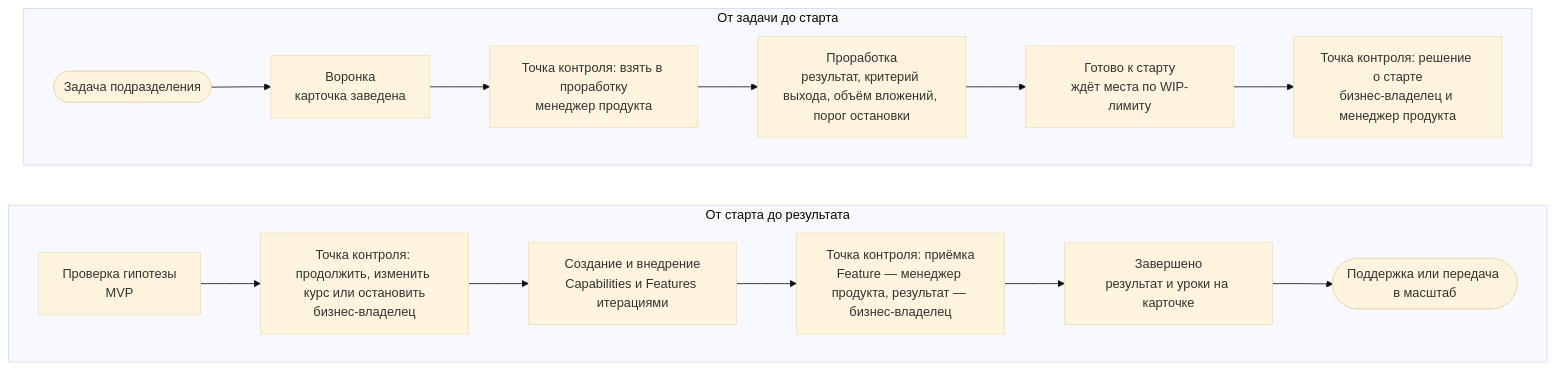
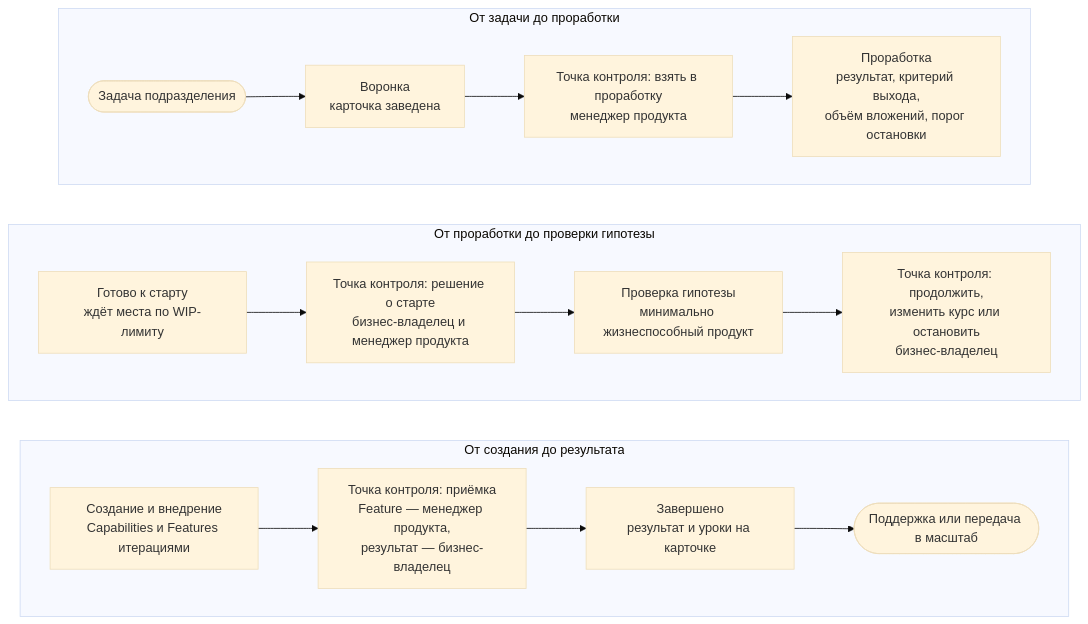
Before and after one commit to devhogu/ob-aicc: the diagram in aicc/v2/content/ru/hub/how-we-work.md, drawn with Mermaid (base theme). The commit also changed 299 other files, not shown here.

````diff
--- a/aicc/v2/content/ru/hub/how-we-work.md
+++ b/aicc/v2/content/ru/hub/how-we-work.md
@@ -14,21 +14,24 @@
 ```mermaid
 %% caption: Маршрут задачи и точки контроля: где принимается решение и кто его принимает.
 flowchart TB
-  subgraph R1["От задачи до старта"]
+  subgraph R1["От задачи до проработки"]
     direction LR
     A(["Задача подразделения"]) --> B["Воронка<br/>карточка заведена"]
     B --> G1["Точка контроля: взять в проработку<br/>менеджер продукта"]
-    G1 --> C["Проработка<br/>результат, критерий выхода, объём вложений, порог остановки"]
-    C --> D["Готово к старту<br/>ждёт места по WIP-лимиту"]
-    D --> G2["Точка контроля: решение о старте<br/>бизнес-владелец и менеджер продукта"]
+    G1 --> C["Проработка<br/>результат, критерий выхода,<br/>объём вложений, порог остановки"]
   end
-  subgraph R2["От старта до результата"]
+  subgraph R2["От проработки до проверки гипотезы"]
     direction LR
-    E["Проверка гипотезы<br/>MVP"] --> G3["Точка контроля: продолжить, изменить курс или остановить<br/>бизнес-владелец"]
-    G3 --> F["Создание и внедрение<br/>Capabilities и Features итерациями"]
-    F --> G4["Точка контроля: приёмка<br/>Feature — менеджер продукта, результат — бизнес-владелец"]
+    D["Готово к старту<br/>ждёт места по WIP-лимиту"] --> G2["Точка контроля: решение о старте<br/>бизнес-владелец и менеджер продукта"]
+    G2 --> E["Проверка гипотезы<br/>минимально жизнеспособный продукт"]
+    E --> G3["Точка контроля: продолжить,<br/>изменить курс или остановить<br/>бизнес-владелец"]
+  end
+  subgraph R3["От создания до результата"]
+    direction LR
+    F["Создание и внедрение<br/>Capabilities и Features итерациями"] --> G4["Точка контроля: приёмка<br/>Feature — менеджер продукта,<br/>результат — бизнес-владелец"]
     G4 --> H["Завершено<br/>результат и уроки на карточке"]
     H --> I(["Поддержка или передача в масштаб"])
   end
   R1 ~~~ R2
+  R2 ~~~ R3
 ```
````
